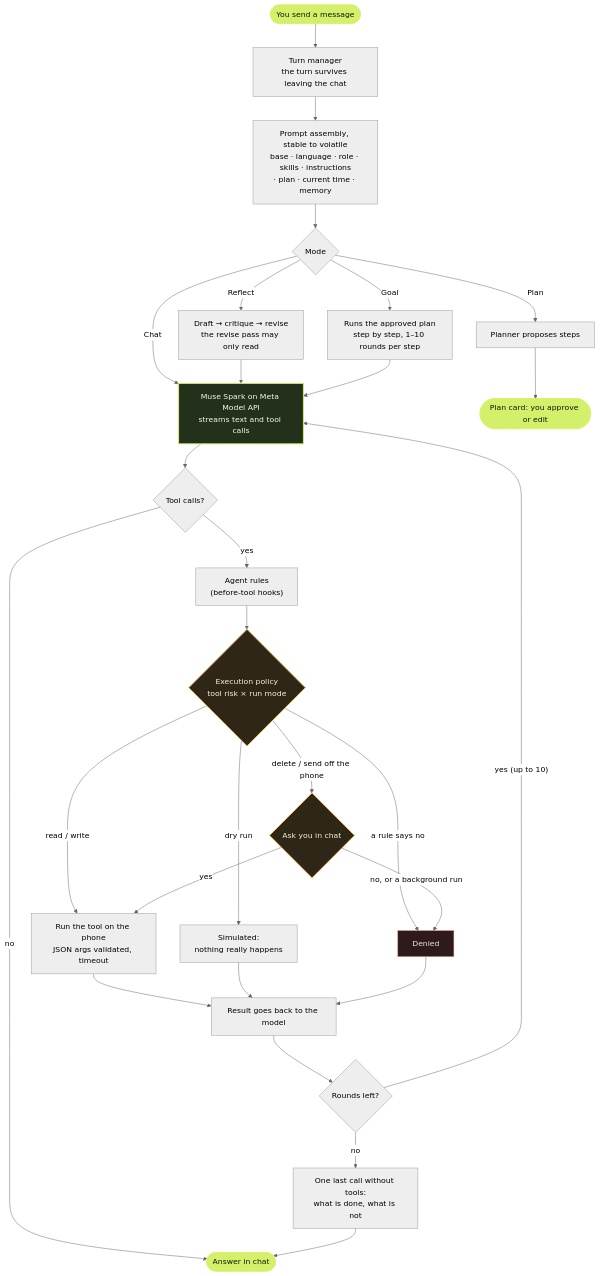
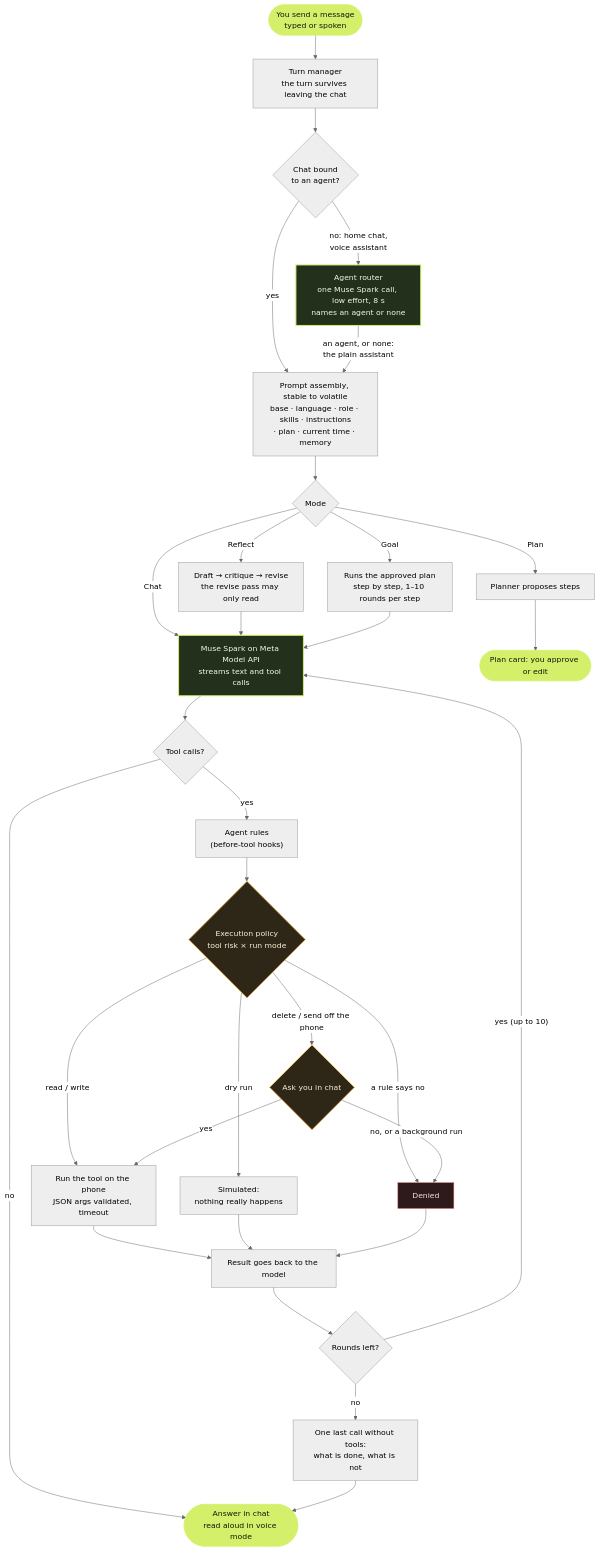
One commit to jQwout/amuse-pocket changed the diagram in docs/diagrams/agent-turn.mmd. Above: the diagram before and after it, drawn with Mermaid (neutral theme). The commit also changed 12 other files, not shown here.

First line of the commit message:
docs(readme): how it fits together, the agent loop, Meta and cloud screens

```diff
--- a/docs/diagrams/agent-turn.mmd
+++ b/docs/diagrams/agent-turn.mmd
@@ -1,36 +1,40 @@
 flowchart TD
-    U(["You send a message"]) --> TM["Turn manager<br/>the turn survives leaving the chat"]
-    TM --> PR["Prompt assembly, stable to volatile<br/>base · language · role · skills · instructions<br/>· plan · current time · memory"]
+    U(["You send a message<br/>typed or spoken"]) --> TM["Turn manager<br/>the turn survives leaving the chat"]
+    TM --> BOUND{"Chat bound<br/>to an agent?"}
+    BOUND -->|yes| PR
+    BOUND -->|"no: home chat,<br/>voice assistant"| RT["Agent router<br/>one Muse Spark call, low effort, 8 s<br/>names an agent or none"]
+    RT -->|"an agent, or none:<br/>the plain assistant"| PR
+    PR["Prompt assembly, stable to volatile<br/>base · language · role · skills · instructions<br/>· plan · current time · memory"]
     PR --> MODE{"Mode"}
     MODE -->|Chat| LLM
     MODE -->|Reflect| RF["Draft → critique → revise<br/>the revise pass may only read"]
     MODE -->|Plan| PL["Planner proposes steps"]
     MODE -->|Goal| GL["Runs the approved plan<br/>step by step, 1–10 rounds per step"]
     RF --> LLM
     GL --> LLM
     PL --> PC(["Plan card: you approve or edit"])
     LLM["Muse Spark on Meta Model API<br/>streams text and tool calls"] --> TC{"Tool calls?"}
-    TC -->|no| ANS(["Answer in chat"])
+    TC -->|no| ANS(["Answer in chat<br/>read aloud in voice mode"])
     TC -->|yes| HK["Agent rules<br/>(before-tool hooks)"]
     HK --> POL{"Execution policy<br/>tool risk × run mode"}
     POL -->|read / write| EX["Run the tool on the phone<br/>JSON args validated, timeout"]
     POL -->|delete / send off the phone| ASK{"Ask you in chat"}
     POL -->|dry run| SIM["Simulated:<br/>nothing really happens"]
     POL -->|a rule says no| DEN["Denied"]
     ASK -->|yes| EX
     ASK -->|"no, or a background run"| DEN
     EX --> OBS["Result goes back to the model"]
     SIM --> OBS
     DEN --> OBS
     OBS --> LEFT{"Rounds left?"}
     LEFT -->|"yes (up to 10)"| LLM
     LEFT -->|no| WRAP["One last call without tools:<br/>what is done, what is not"]
     WRAP --> ANS
     classDef you fill:#D4F06A,stroke:#D4F06A,color:#10160C
     classDef meta fill:#22301C,stroke:#D4F06A,stroke-width:2px,color:#F4FAE8
     classDef gate fill:#2E2616,stroke:#F2B45A,stroke-width:2px,color:#FBEFD9
     classDef stop fill:#2E1A1A,stroke:#E07A6E,color:#F8E1DE
     class U,ANS,PC you
-    class LLM meta
+    class LLM,RT meta
     class POL,ASK gate
     class DEN stop
```
